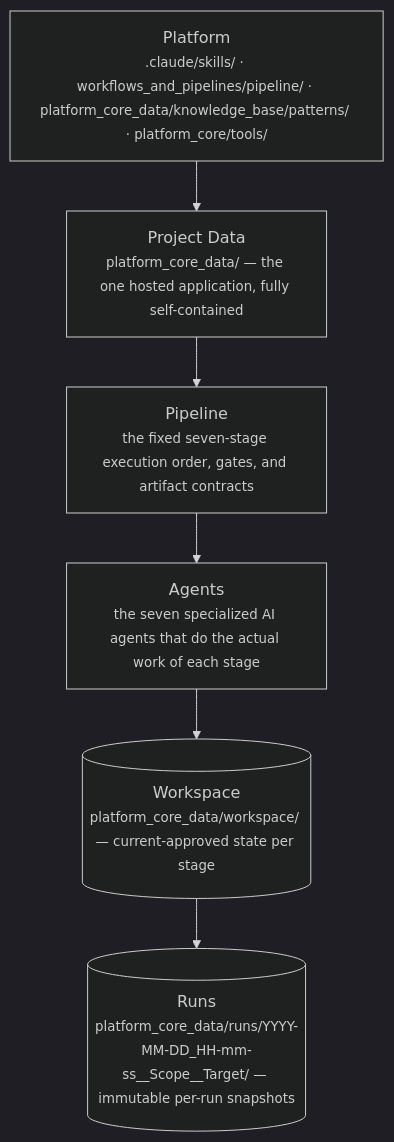
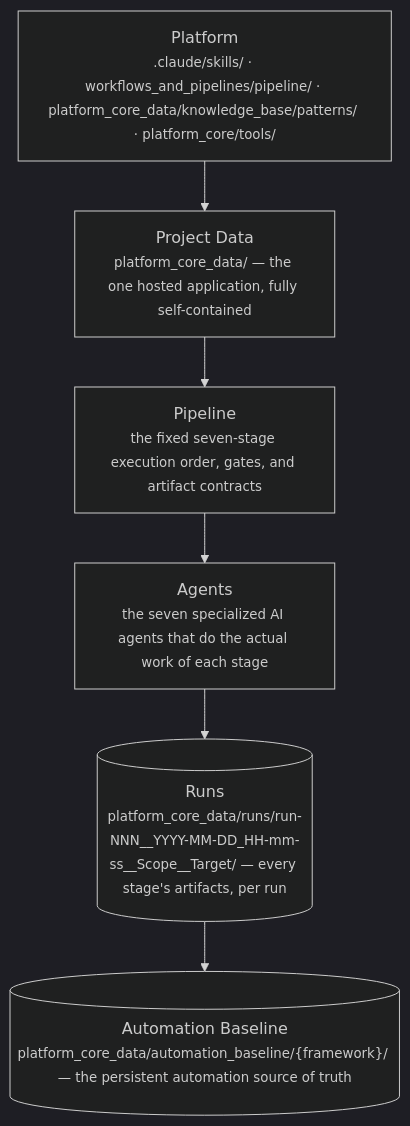
Before and after one commit to HusseinAtaHussein1/AISeatMap: the second of 10 diagrams in README.md, drawn with Mermaid (dark theme). The commit also changed other lines of this file and 41 other files, not shown here.

First line of the commit message:
feat(runs): make the run folder the sole artifact location; one file per artifact

````diff
--- a/README.md
+++ b/README.md
@@ -236,11 +236,11 @@
 ```mermaid
 flowchart TD
     PLAT["Platform<br/><small>.claude/skills/ · workflows_and_pipelines/pipeline/ · platform_core_data/knowledge_base/patterns/ · platform_core/tools/</small>"]
     PROJ["Project Data<br/><small>platform_core_data/ — the one hosted application, fully self-contained</small>"]
     PIPE["Pipeline<br/><small>the fixed seven-stage execution order, gates, and artifact contracts</small>"]
     AGENTS["Agents<br/><small>the seven specialized AI agents that do the actual work of each stage</small>"]
-    WORK[("Workspace<br/><small>platform_core_data/workspace/ — current-approved state per stage</small>")]
-    RUNS[("Runs<br/><small>platform_core_data/runs/YYYY-MM-DD_HH-mm-ss__Scope__Target/ — immutable per-run snapshots</small>")]
+    RUNS[("Runs<br/><small>platform_core_data/runs/run-NNN__YYYY-MM-DD_HH-mm-ss__Scope__Target/ — every stage's artifacts, per run</small>")]
+    BASE[("Automation Baseline<br/><small>platform_core_data/automation_baseline/{framework}/ — the persistent automation source of truth</small>")]
 
-    PLAT --> PROJ --> PIPE --> AGENTS --> WORK --> RUNS
+    PLAT --> PROJ --> PIPE --> AGENTS --> RUNS --> BASE
 ```
````
